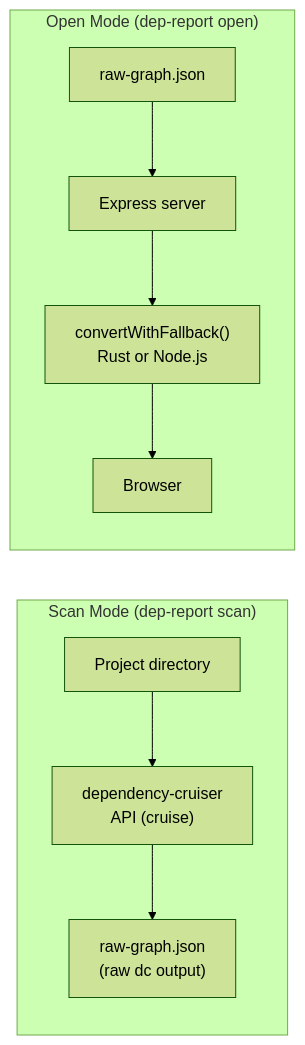
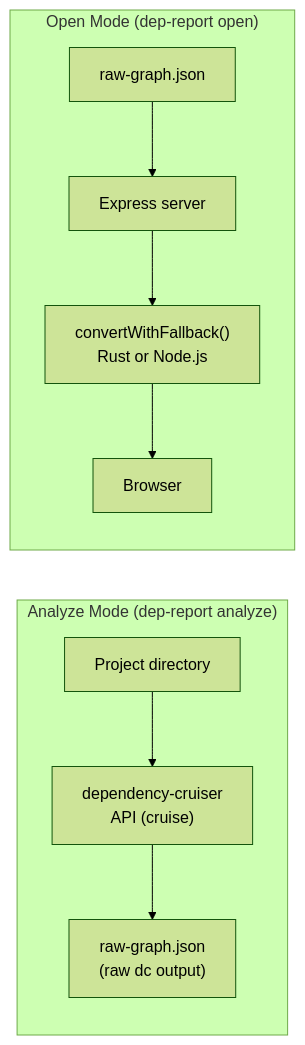
Before and after one commit to fisher-89/dependency-cruiser-reporter: the second of 5 diagrams in docs/architecture/data-flow.md, drawn with Mermaid (forest theme). The commit also changed other lines of this file and 14 other files, not shown here.

First line of the commit message:
refactor(cli): rename scan command to analyze

````diff
--- a/docs/architecture/data-flow.md
+++ b/docs/architecture/data-flow.md
@@ -26,13 +26,13 @@
 ```mermaid
 flowchart LR
-    subgraph Scan["Scan Mode (dep-report scan)"]
+    subgraph Scan["Analyze Mode (dep-report analyze)"]
         Path["Project directory"] --> DC["dependency-cruiser\nAPI (cruise)"]
         DC --> RawFile1["raw-graph.json\n(raw dc output)"]
     end
 
     subgraph Open["Open Mode (dep-report open)"]
         File["raw-graph.json"] --> Server["Express server"]
         Server --> Convert["convertWithFallback()\nRust or Node.js"]
         Convert --> Browser["Browser"]
     end
 ```
````
